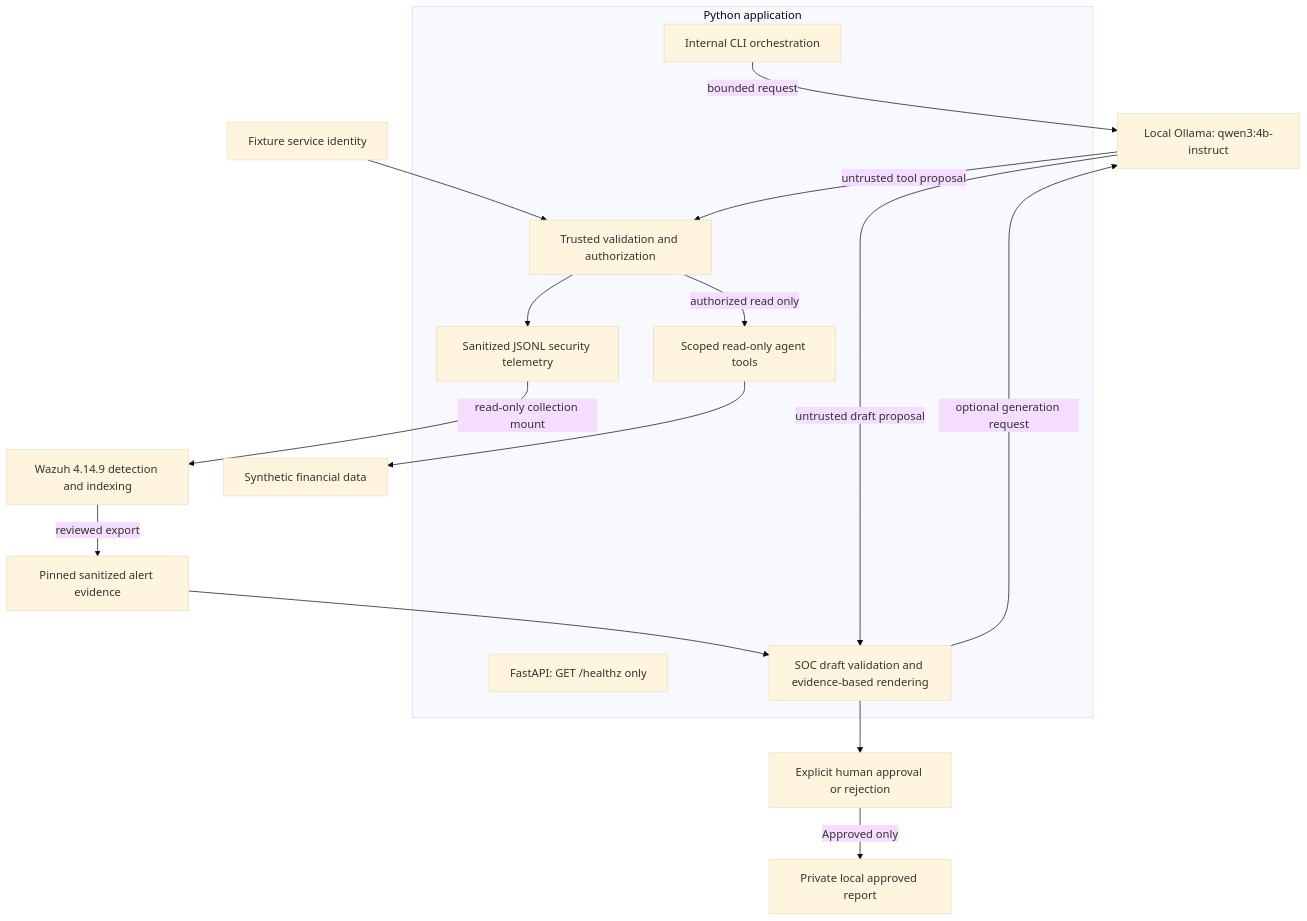
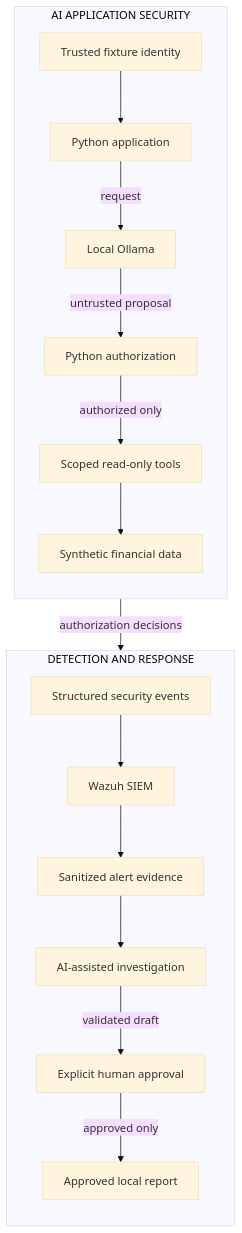
One commit to blackbird-git/ai-security-engineering-lab changed the diagram in README.md. Above: the diagram before and after it, drawn with Mermaid (base theme). The commit also changed other lines of this file, not shown here.

Commit message:
Simplify AI security architecture diagrams

````diff
--- a/README.md
+++ b/README.md
@@ -18,24 +18,36 @@
 ```mermaid
-flowchart TD
-    subgraph Python["Python application"]
-        API["FastAPI: GET /healthz only"]
-        CLI["Internal CLI orchestration"]
-        AUTH["Trusted validation and authorization"]
-        TOOLS["Scoped read-only agent tools"]
-        TELEMETRY["Sanitized JSONL security telemetry"]
-        SOC["SOC draft validation and evidence-based rendering"]
+flowchart TB
+    subgraph APPLICATION["AI APPLICATION SECURITY"]
+        direction TB
+        ID["Trusted fixture identity"]
+        APP["Python application"]
+        MODEL["Local Ollama"]
+        AUTH["Python authorization"]
+        TOOLS["Scoped read-only tools"]
+        DATA["Synthetic financial data"]
+
+        ID --> APP
+        APP -->|request| MODEL
+        MODEL -->|untrusted proposal| AUTH
+        AUTH -->|authorized only| TOOLS
+        TOOLS --> DATA
     end
-    ID["Fixture service identity"] --> AUTH
-    CLI -->|bounded request| OLLAMA["Local Ollama: qwen3:4b-instruct"]
-    OLLAMA -->|untrusted tool proposal| AUTH
-    AUTH -->|authorized read only| TOOLS
-    TOOLS --> DATA["Synthetic financial data"]
-    AUTH --> TELEMETRY
-    TELEMETRY -->|read-only collection mount| WAZUH["Wazuh 4.14.9 detection and indexing"]
-    WAZUH -->|reviewed export| EVIDENCE["Pinned sanitized alert evidence"]
-    EVIDENCE --> SOC
-    SOC -->|optional generation request| OLLAMA
-    OLLAMA -->|untrusted draft proposal| SOC
-    SOC --> REVIEW["Explicit human approval or rejection"]
-    REVIEW -->|Approved only| REPORT["Private local approved report"]
+
+    subgraph DETECTION["DETECTION AND RESPONSE"]
+        direction TB
+        EVENTS["Structured security events"]
+        WAZUH["Wazuh SIEM"]
+        EVIDENCE["Sanitized alert evidence"]
+        SOC["AI-assisted investigation"]
+        HUMAN["Explicit human approval"]
+        REPORT["Approved local report"]
+
+        EVENTS --> WAZUH
+        WAZUH --> EVIDENCE
+        EVIDENCE --> SOC
+        SOC -->|validated draft| HUMAN
+        HUMAN -->|approved only| REPORT
+    end
+
+    APPLICATION -->|authorization decisions| DETECTION
 ```
````
